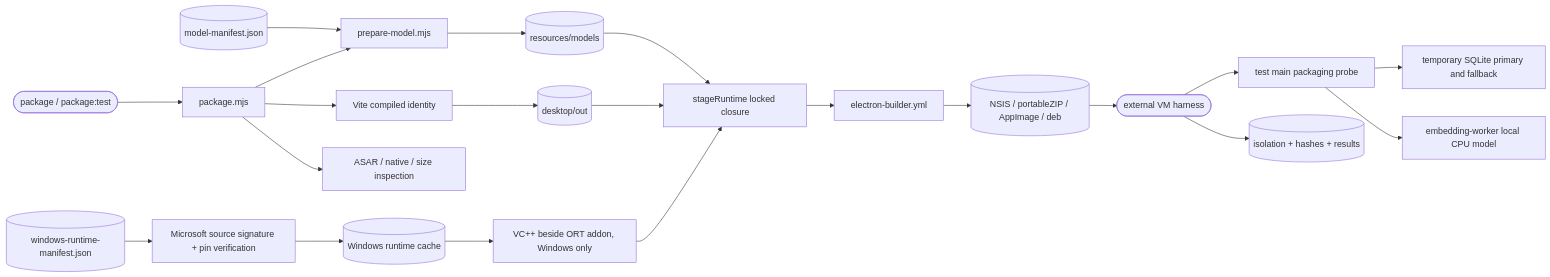
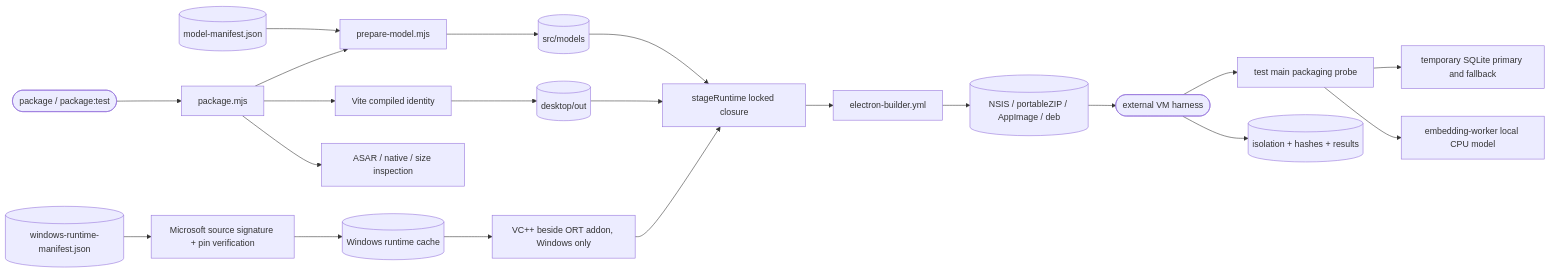
Before and after one commit to DDP-Engineering/2026_Virtual_Embedded_Rig_Assistant: the diagram in .agentic/knowledge/native-packaging.md, drawn with Mermaid. The commit also changed other lines of this file and 834 other files, not shown here.

````diff
--- a/.agentic/knowledge/native-packaging.md
+++ b/.agentic/knowledge/native-packaging.md
@@ -82,23 +82,23 @@
 ```mermaid
 flowchart LR
   manifest[(model-manifest.json)] --> prepare[prepare-model.mjs]
-  prepare --> models[(resources/models)]
+  prepare --> models[(src/models)]
   command([package / package:test]) --> package[package.mjs]
   package --> prepare
   package --> build[Vite compiled identity]
   build --> output[(desktop/out)]
   output --> stage[stageRuntime locked closure]
   models --> stage
   crtManifest[(windows-runtime-manifest.json)] --> crtPrepare[Microsoft source signature + pin verification]
   crtPrepare --> crtCache[(Windows runtime cache)]
   crtCache --> crtNative[VC++ beside ORT addon, Windows only]
   crtNative --> stage
   stage --> builder[electron-builder.yml]
   builder --> artifact[(NSIS / portableZIP / AppImage / deb)]
   package --> inspection[ASAR / native / size inspection]
   artifact --> host([external VM harness])
   host --> probe[test main packaging probe]
   probe --> sqlite[temporary SQLite primary and fallback]
   probe --> worker[embedding-worker local CPU model]
   host --> evidence[(isolation + hashes + results)]
 ```
````
